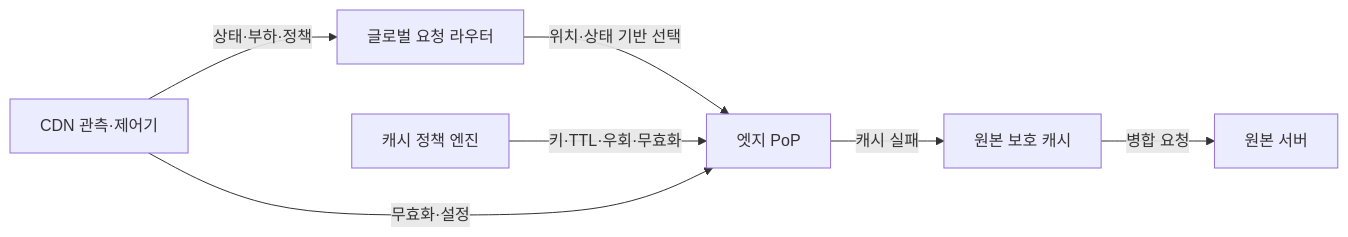
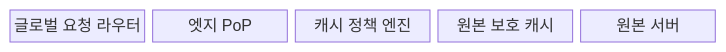
One commit to agnusdei1207/knowledge-base changed the first of 2 diagrams in src/content/docs/notes/04-network/107_global_cdn_architecture.md. Above: the diagram before and after it, drawn with Mermaid. The commit also changed other lines of this file and 21 other files, not shown here.

````diff
--- a/src/content/docs/notes/04-network/107_global_cdn_architecture.md
+++ b/src/content/docs/notes/04-network/107_global_cdn_architecture.md
@@ -56,9 +56,9 @@
 ```mermaid
-flowchart LR
-    A["글로벌 요청 라우터"] -->|위치·상태 기반 선택| B["엣지 PoP"]
-    C["캐시 정책 엔진"] -->|키·TTL·우회·무효화| B
-    B -->|캐시 실패| D["원본 보호 캐시"]
-    D -->|병합 요청| E["원본 서버"]
-    F["CDN 관측·제어기"] -->|상태·부하·정책| A
-    F -->|무효화·설정| B
+block-beta
+    columns 5
+    A["글로벌 요청 라우터"]
+    B["엣지 PoP"]
+    C["캐시 정책 엔진"]
+    D["원본 보호 캐시"]
+    E["원본 서버"]
 ```
````
